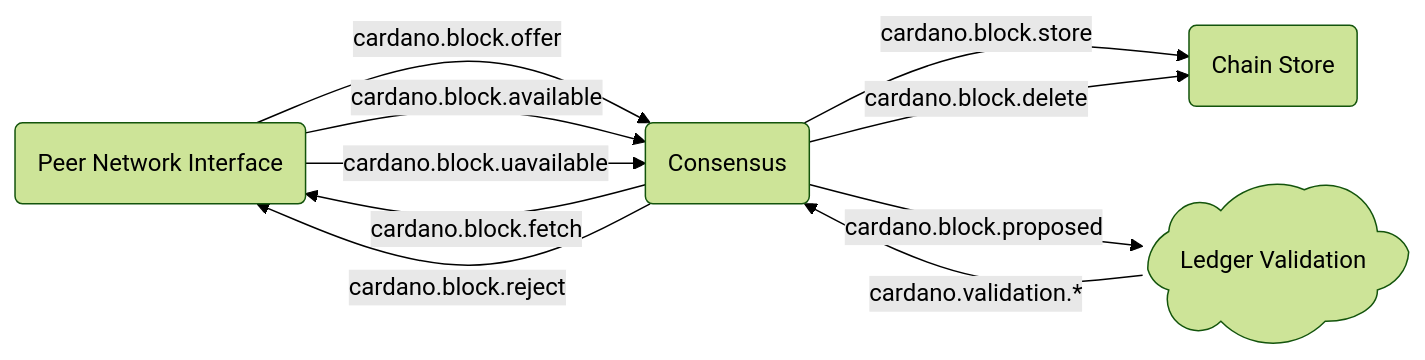
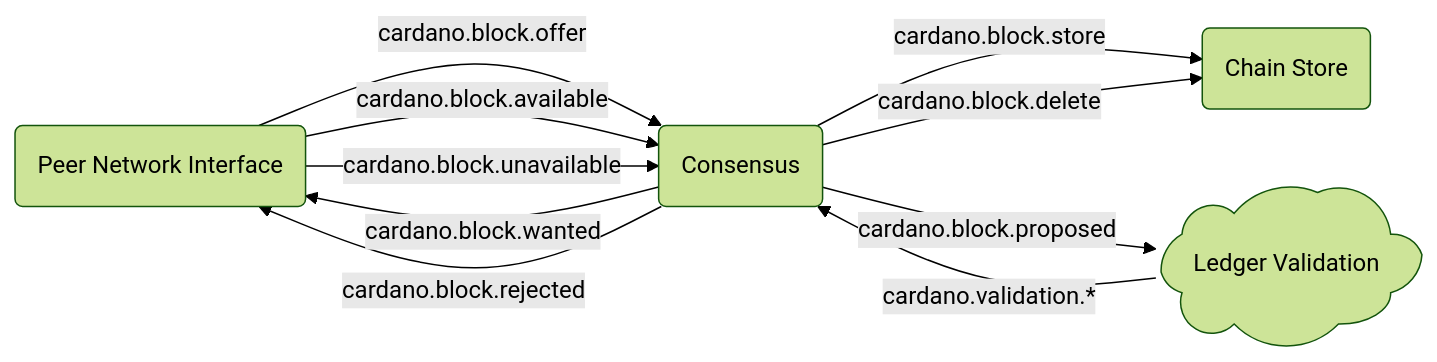
The diagram in docs/architecture/system-multi-peer-consensus.md (input-output-hk/acropolis), drawn with Mermaid (forest theme) before and after one commit. The commit also changed other lines of this file, not shown here.

````diff
--- a/docs/architecture/system-multi-peer-consensus.md
+++ b/docs/architecture/system-multi-peer-consensus.md
@@ -25,23 +25,23 @@
 ```mermaid
 flowchart LR
   PNI(Peer Network Interface)
   CON(Consensus)
   CS(Chain Store)
   CLOUD@{ shape: cloud, label: "Ledger Validation"}
 
   PNI -- cardano.block.offer --> CON
-  CON -- cardano.block.fetch --> PNI
+  CON -- cardano.block.wanted --> PNI
   PNI -- cardano.block.available --> CON
-  PNI -- cardano.block.uavailable --> CON
-  CON -- cardano.block.reject --> PNI
+  PNI -- cardano.block.unavailable --> CON
+  CON -- cardano.block.rejected --> PNI
 
   CON -- cardano.block.store --> CS
   CON -- cardano.block.delete --> CS
 
   CON -- cardano.block.proposed --> CLOUD
   CLOUD -- cardano.validation.* --> CON
 
   click PNI "https://github.com/input-output-hk/acropolis/tree/main/modules/peer_network_interface/"
   click CON "https://github.com/input-output-hk/acropolis/tree/main/modules/consensus/"
   click CS "https://github.com/input-output-hk/acropolis/tree/main/modules/chain_store/"
 ```
````
